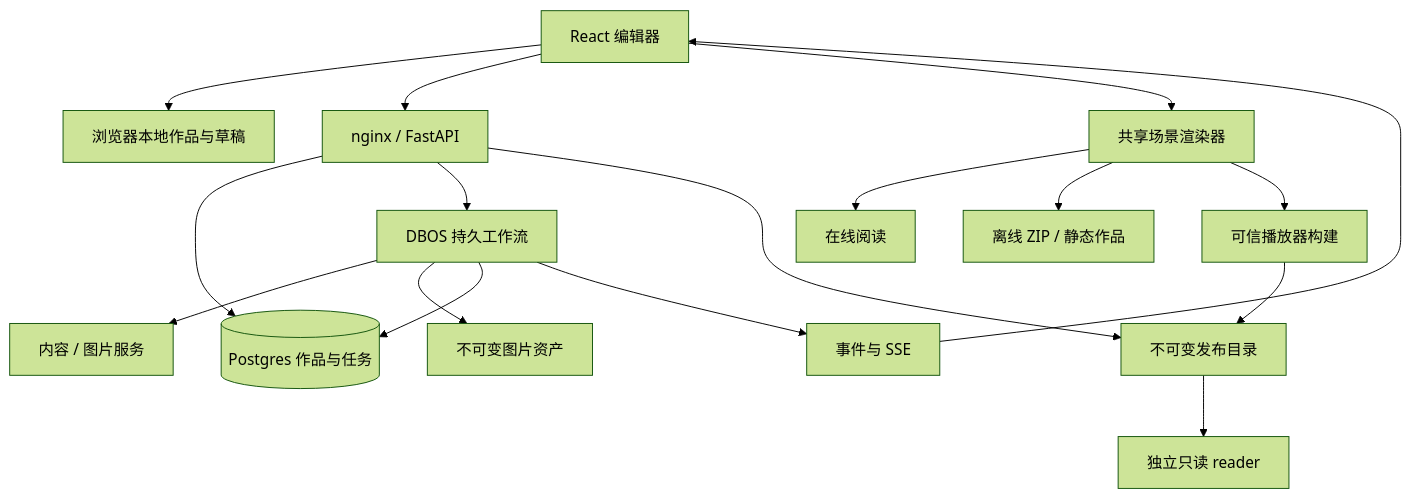
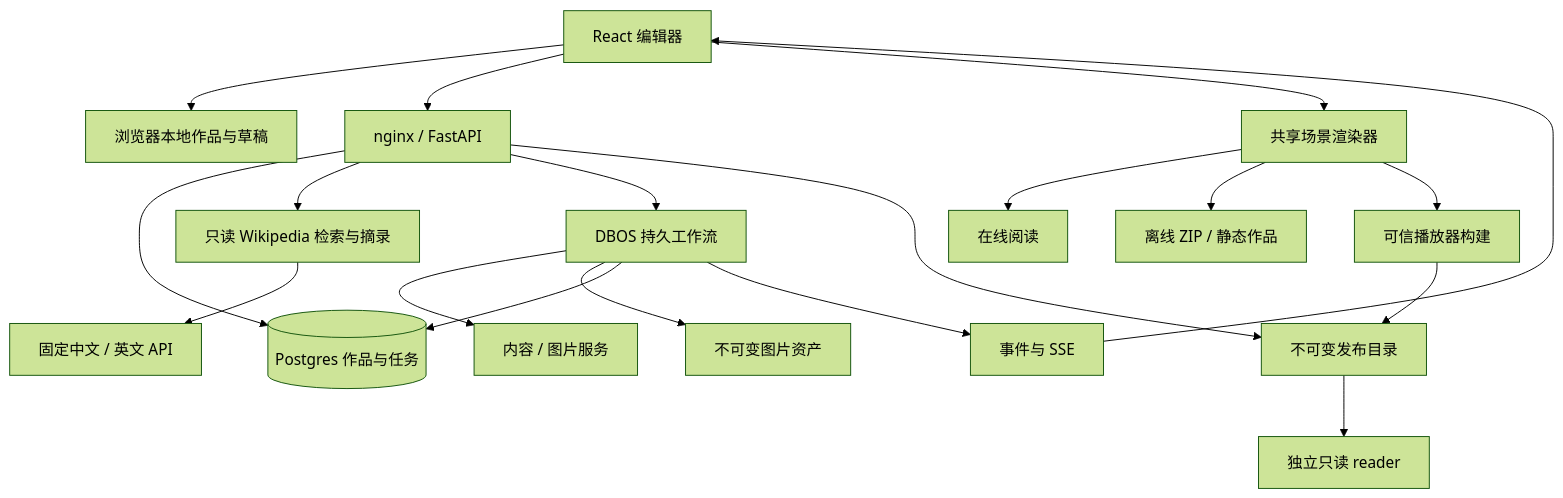
The diagram in docs/ARCHITECTURE.md (yyb9807/flipbook-builder), drawn with Mermaid (forest theme) before and after one commit. The commit also changed other lines of this file and 75 other files, not shown here.

````diff
--- a/docs/ARCHITECTURE.md
+++ b/docs/ARCHITECTURE.md
@@ -12,19 +12,21 @@
 ```mermaid
 flowchart TD
   Editor[React 编辑器] --> Local[浏览器本地作品与草稿]
   Editor --> API[nginx / FastAPI]
   API --> DB[(Postgres 作品与任务)]
+  API --> Sources[只读 Wikipedia 检索与摘录]
+  Sources --> Wikipedia[固定中文 / 英文 API]
   API --> Jobs[DBOS 持久工作流]
   Jobs --> Providers[内容 / 图片服务]
   Jobs --> Assets[不可变图片资产]
   Jobs --> DB
   Jobs --> Events[事件与 SSE]
   Events --> Editor
   Editor --> Renderer[共享场景渲染器]
   Renderer --> Viewer[在线阅读]
   Renderer --> Offline[离线 ZIP / 静态作品]
   API --> Publications[不可变发布目录]
   Renderer --> Runtime[可信播放器构建]
   Runtime --> Publications
   Publications --> Reader[独立只读 reader]
 ```
````
